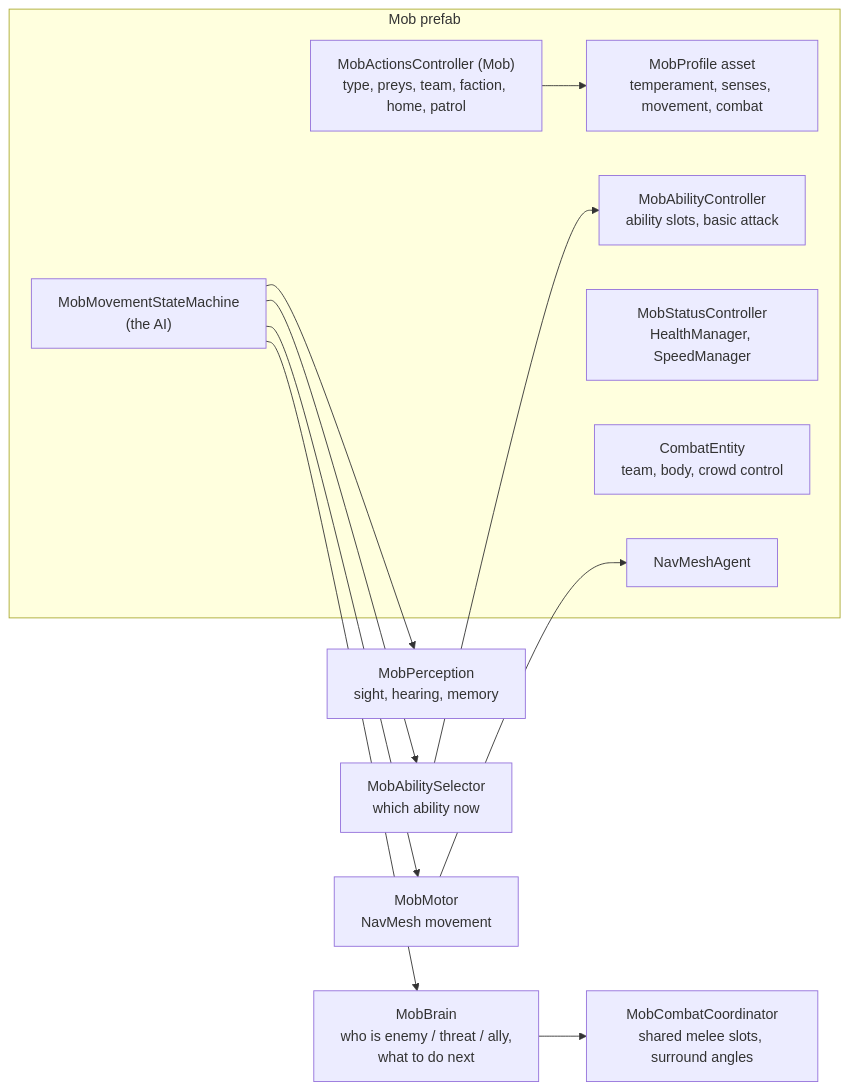
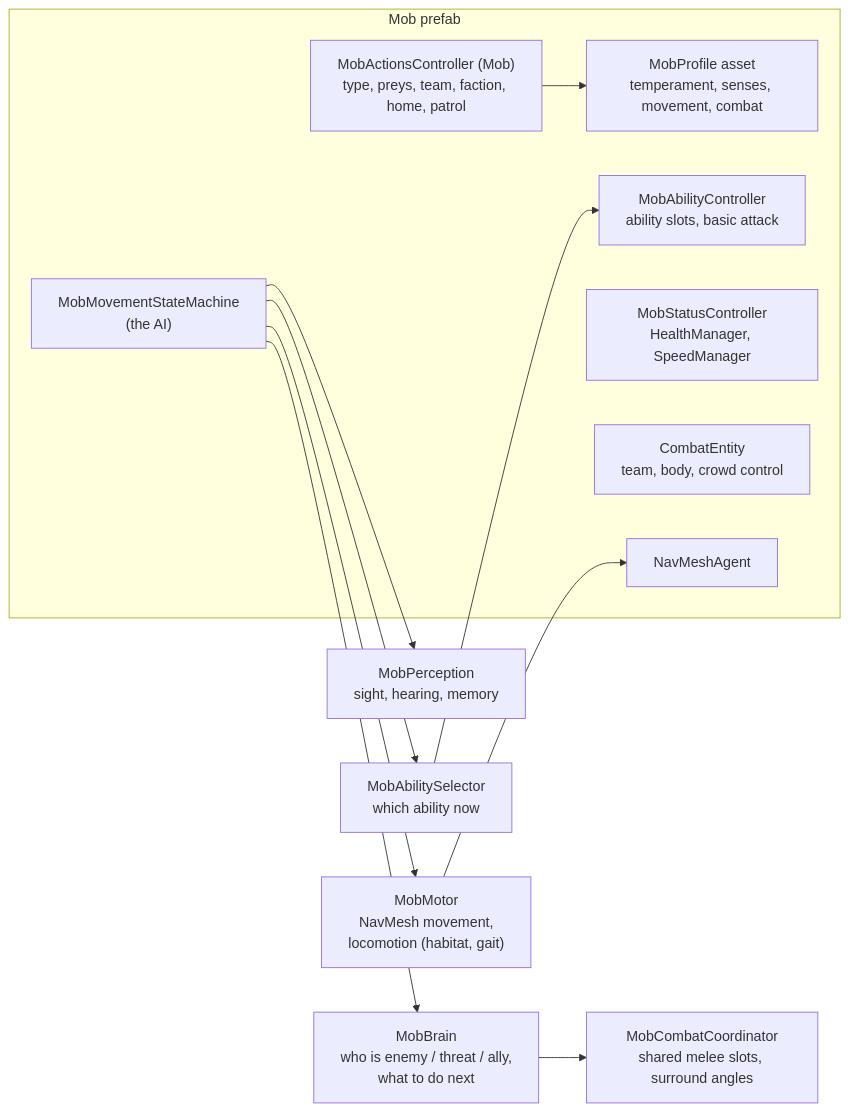
Before and after one commit to Kaynan-Jamelaumn/SimpleMovementsUnityPackage: the diagram in Documentation/Mob/README.md, drawn with Mermaid. The commit also changed other lines of this file and 63 other files, not shown here.

````diff
--- a/Documentation/Mob/README.md
+++ b/Documentation/Mob/README.md
@@ -16,20 +17,20 @@
 ```mermaid
 flowchart LR
     subgraph Mob["Mob prefab"]
         MAC["MobActionsController (Mob)<br/>type, preys, team, faction, home, patrol"]
         PR["MobProfile asset<br/>temperament, senses, movement, combat"]
         MSM["MobMovementStateMachine<br/>(the AI)"]
         MAB["MobAbilityController<br/>ability slots, basic attack"]
         MSC["MobStatusController<br/>HealthManager, SpeedManager"]
         CE["CombatEntity<br/>team, body, crowd control"]
         NAV["NavMeshAgent"]
     end
     MAC --> PR
     MSM --> P["MobPerception<br/>sight, hearing, memory"]
     MSM --> B["MobBrain<br/>who is enemy / threat / ally,<br/>what to do next"]
-    MSM --> MO["MobMotor<br/>NavMesh movement"]
+    MSM --> MO["MobMotor<br/>NavMesh movement,<br/>locomotion (habitat, gait)"]
     MSM --> SEL["MobAbilitySelector<br/>which ability now"]
     SEL --> MAB
     MO --> NAV
     B --> CC["MobCombatCoordinator<br/>shared melee slots, surround angles"]
 ```
````
